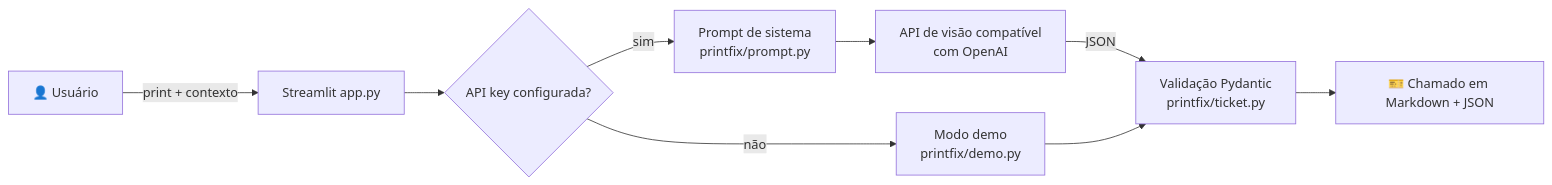
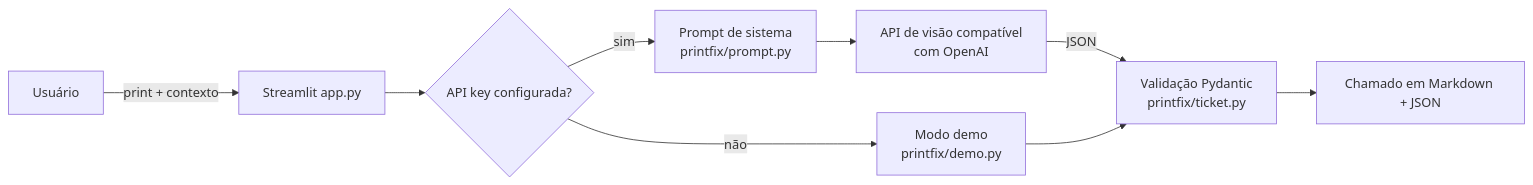
The diagram in README.md (farrei/printfix), drawn with Mermaid before and after one commit. The commit also changed other lines of this file, not shown here.

````diff
--- a/README.md
+++ b/README.md
@@ -16,11 +12,11 @@
 ```mermaid
 flowchart LR
-    U[👤 Usuário] -->|print + contexto| UI[Streamlit app.py]
+    U[Usuário] -->|print + contexto| UI[Streamlit app.py]
     UI --> C{API key configurada?}
     C -- não --> D[Modo demo<br/>printfix/demo.py]
     C -- sim --> P[Prompt de sistema<br/>printfix/prompt.py]
     P --> API[API de visão compatível<br/>com OpenAI]
     API -->|JSON| V[Validação Pydantic<br/>printfix/ticket.py]
     D --> V
-    V --> T[🎫 Chamado em Markdown + JSON]
+    V --> T[Chamado em Markdown + JSON]
 ```
````
